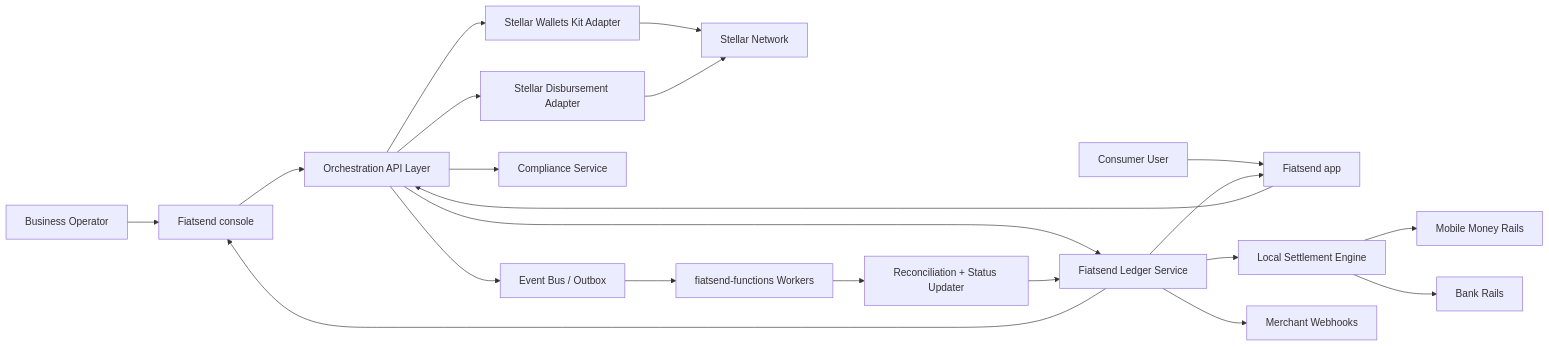
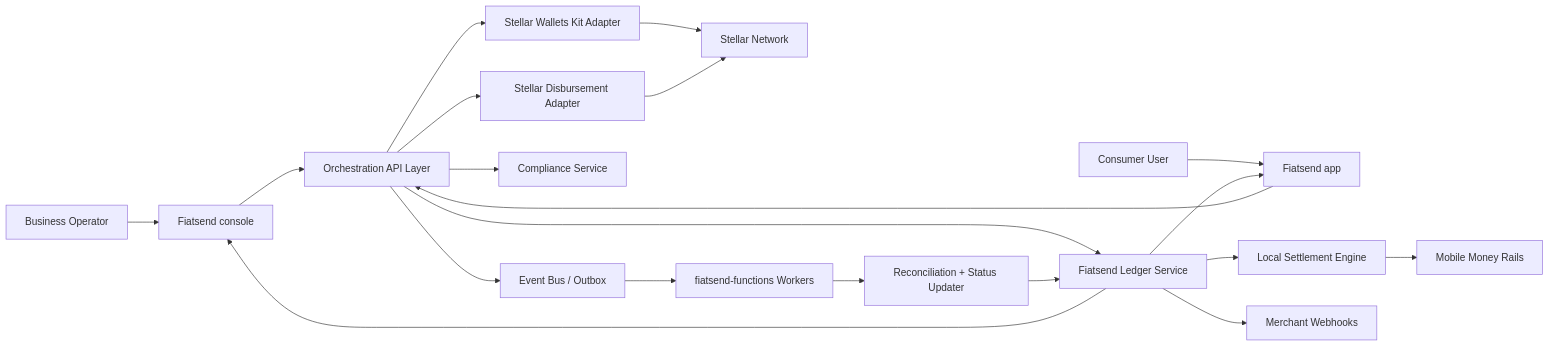
One commit to fiatsend/techical-achitecture changed the sixth of 17 diagrams in Fiatsend-Technical-Architecture-SCF43-Integration.md. Above: the diagram before and after it, drawn with Mermaid. The commit also changed other lines of this file, not shown here.

````diff
--- a/Fiatsend-Technical-Architecture-SCF43-Integration.md
+++ b/Fiatsend-Technical-Architecture-SCF43-Integration.md
@@ -388,29 +381,28 @@
 ```mermaid
 flowchart LR
     B[Business Operator] --> C[Fiatsend console]
     U[Consumer User] --> M[Fiatsend app]
 
     C --> O[Orchestration API Layer]
     M --> O
 
     O --> WK[Stellar Wallets Kit Adapter]
     O --> SDP[Stellar Disbursement Adapter]
     O --> LGR[Fiatsend Ledger Service]
     O --> CMP[Compliance Service]
     O --> EV[Event Bus / Outbox]
 
     WK --> ST[Stellar Network]
     SDP --> ST
 
     EV --> FN[fiatsend-functions Workers]
     FN --> REC[Reconciliation + Status Updater]
     REC --> LGR
 
     LGR --> SET[Local Settlement Engine]
     SET --> MM[Mobile Money Rails]
-    SET --> BNK[Bank Rails]
 
     LGR --> WH[Merchant Webhooks]
     LGR --> C
     LGR --> M
 ```
````
